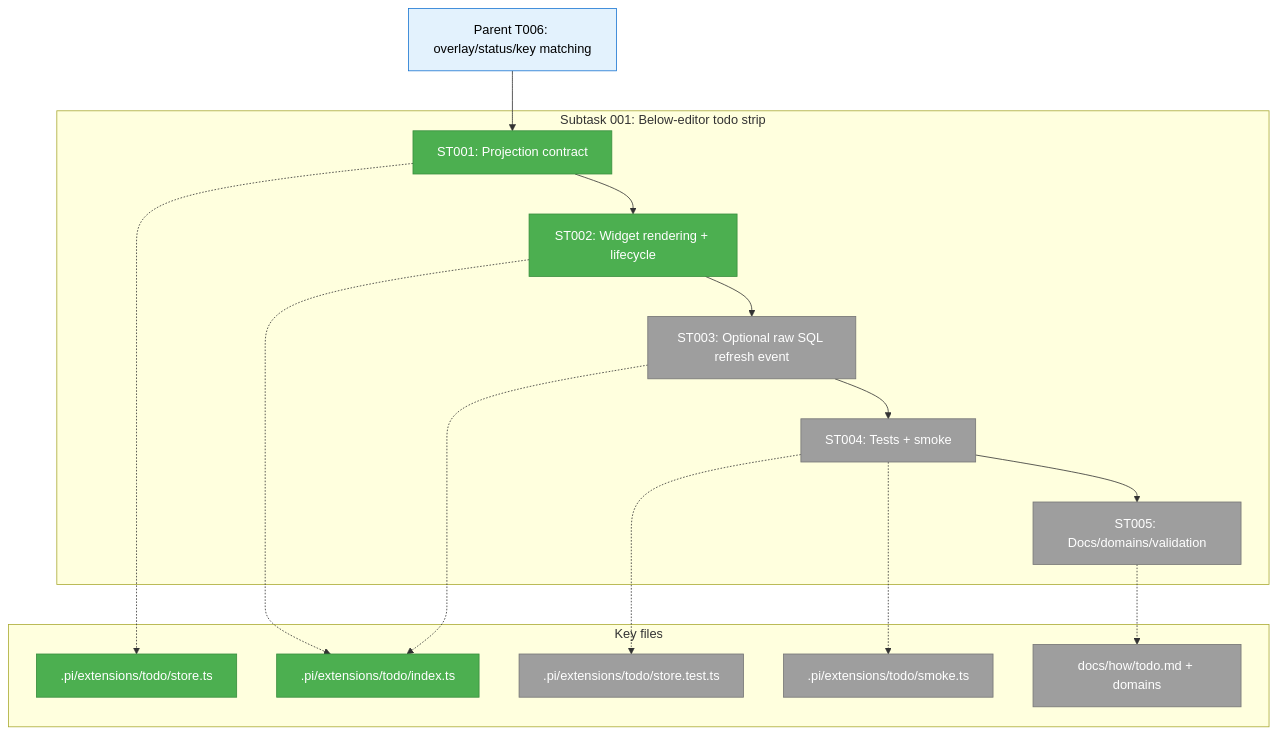
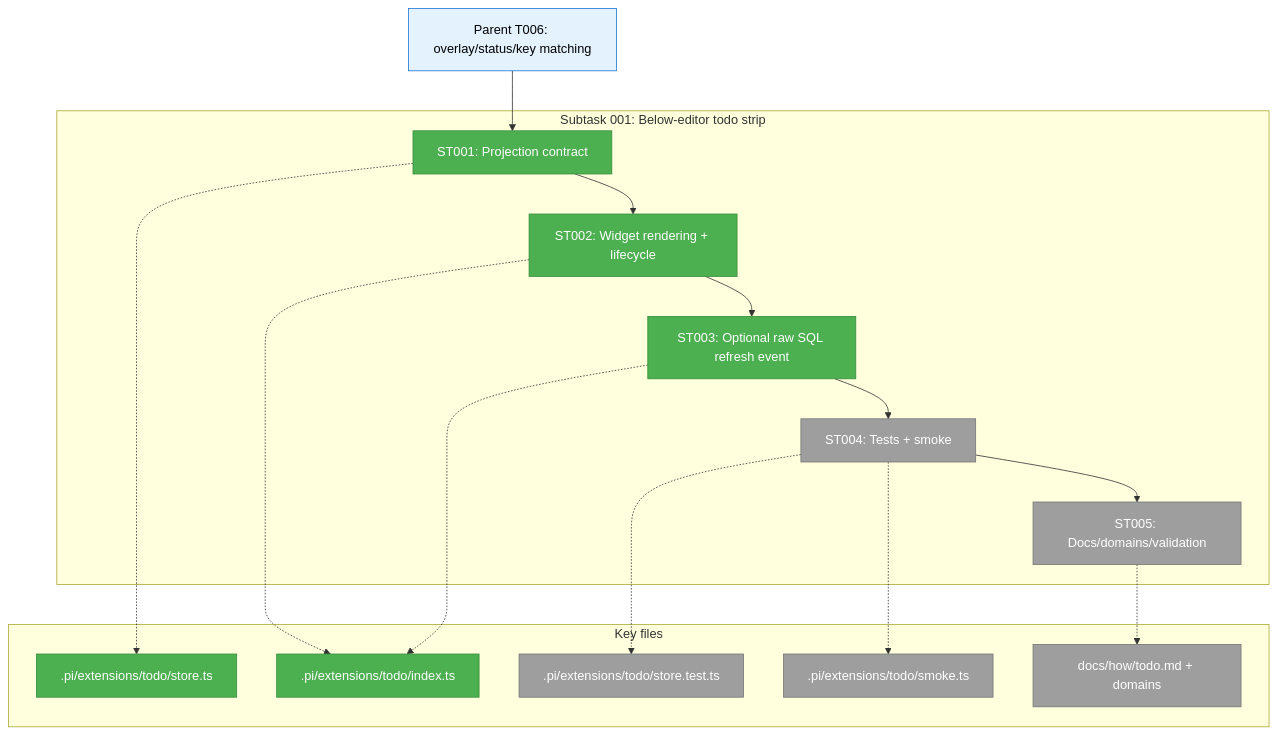
Before and after one commit to vaughanknight/pij: the first of 3 diagrams in docs/plans/010-sql-backed-todo-extension/tasks/phase-1-store-full-ux-validation-docs-domains/001-subtask-claude-code-style-below-editor-todo-strip.md, drawn with Mermaid. The commit also changed other lines of this file and 4 other files, not shown here.

````diff
--- a/docs/plans/010-sql-backed-todo-extension/tasks/phase-1-store-full-ux-validation-docs-domains/001-subtask-claude-code-style-below-editor-todo-strip.md
+++ b/docs/plans/010-sql-backed-todo-extension/tasks/phase-1-store-full-ux-validation-docs-domains/001-subtask-claude-code-style-below-editor-todo-strip.md
@@ -90,37 +90,37 @@
 ```mermaid
 flowchart TD
     classDef pending fill:#9E9E9E,stroke:#757575,color:#fff
     classDef completed fill:#4CAF50,stroke:#388E3C,color:#fff
     classDef parent fill:#E3F2FD,stroke:#1976D2,color:#000
 
     Parent["Parent T006: overlay/status/key matching"]:::parent
 
     subgraph Subtask["Subtask 001: Below-editor todo strip"]
         ST001["ST001: Projection contract"]:::completed
         ST002["ST002: Widget rendering + lifecycle"]:::completed
-        ST003["ST003: Optional raw SQL refresh event"]:::pending
+        ST003["ST003: Optional raw SQL refresh event"]:::completed
         ST004["ST004: Tests + smoke"]:::pending
         ST005["ST005: Docs/domains/validation"]:::pending
         ST001 --> ST002
         ST002 --> ST003
         ST003 --> ST004
         ST004 --> ST005
     end
 
     Parent --> ST001
 
     subgraph Files["Key files"]
         Store[".pi/extensions/todo/store.ts"]:::completed
         Index[".pi/extensions/todo/index.ts"]:::completed
         Tests[".pi/extensions/todo/store.test.ts"]:::pending
         Smoke[".pi/extensions/todo/smoke.ts"]:::pending
         Docs["docs/how/todo.md + domains"]:::pending
     end
 
     ST001 -.-> Store
     ST002 -.-> Index
     ST003 -.-> Index
     ST004 -.-> Tests
     ST004 -.-> Smoke
     ST005 -.-> Docs
 ```
````
